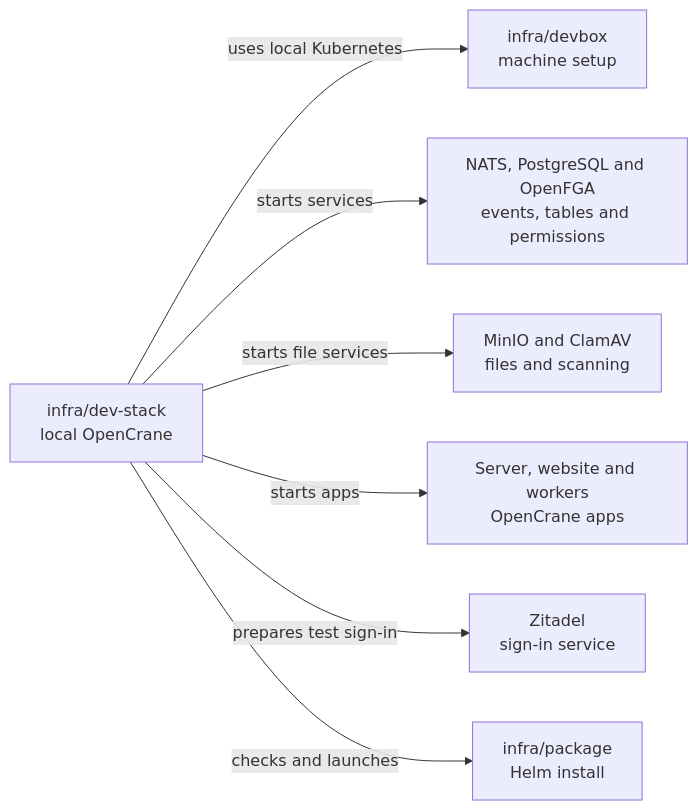
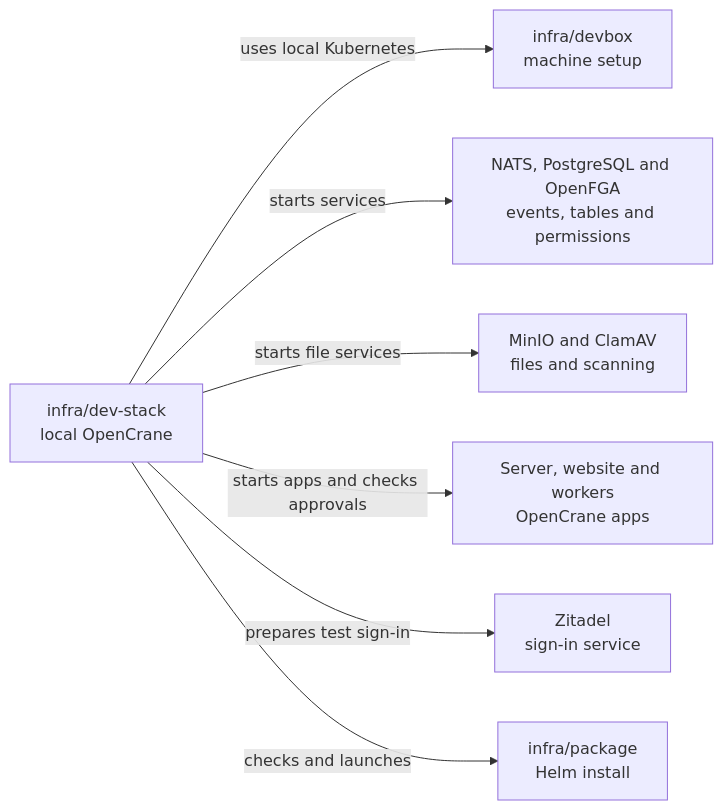
The diagram in infra/dev-stack/README.md (elewa-git/opencrane-new), drawn with Mermaid before and after one commit. The commit also changed other lines of this file and 8 other files, not shown here.

````diff
--- a/infra/dev-stack/README.md
+++ b/infra/dev-stack/README.md
@@ -17,9 +18,9 @@
 ```mermaid
 flowchart LR
   stack["infra/dev-stack<br/>local OpenCrane"] -->|uses local Kubernetes| devbox["infra/devbox<br/>machine setup"]
   stack -->|starts services| services["NATS, PostgreSQL and OpenFGA<br/>events, tables and permissions"]
   stack -->|starts file services| files["MinIO and ClamAV<br/>files and scanning"]
-  stack -->|starts apps| apps["Server, website and workers<br/>OpenCrane apps"]
+  stack -->|starts apps and checks approvals| apps["Server, website and workers<br/>OpenCrane apps"]
   stack -->|prepares test sign-in| zitadel["Zitadel<br/>sign-in service"]
   stack -->|checks and launches| package["infra/package<br/>Helm install"]
 ```
````
